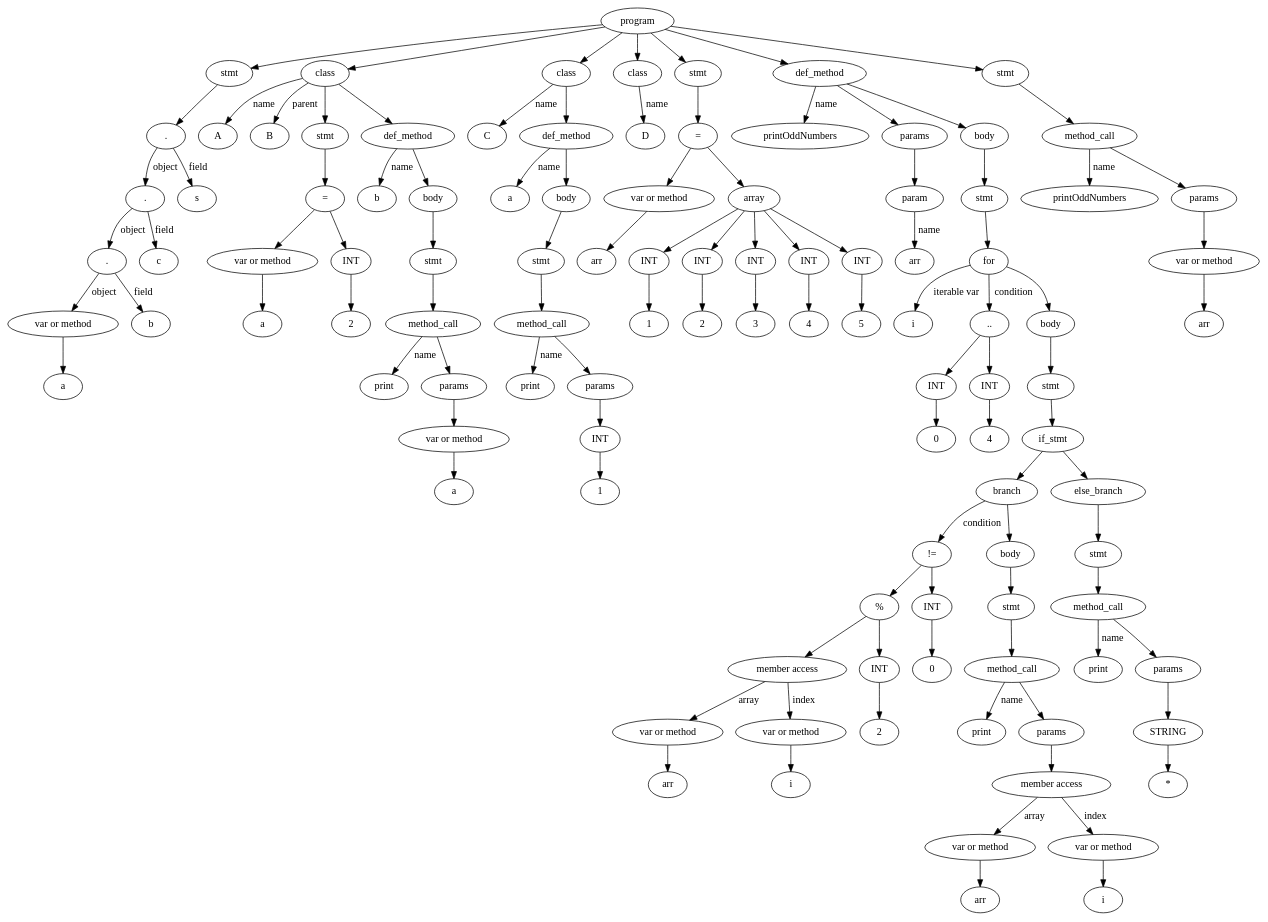
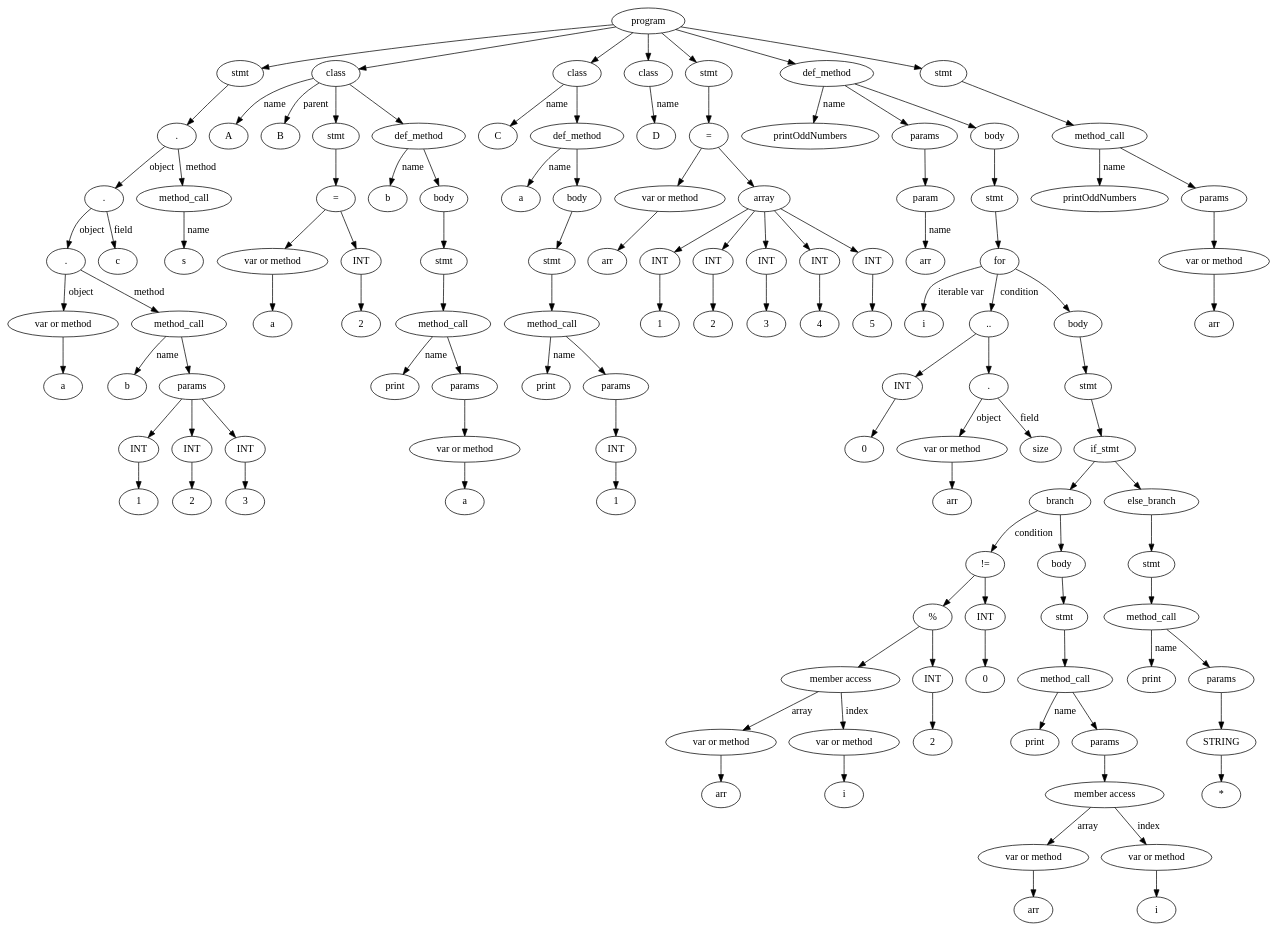
One commit to vitek999/ruby_compiler changed the diagram in RubyCompiler/tree.dot. Above: the diagram before and after it, drawn with Graphviz. The commit also changed 8 other files, not shown here.

```diff
--- a/RubyCompiler/tree.dot
+++ b/RubyCompiler/tree.dot
@@ -1,214 +1,235 @@
 digraph G {
-Id00823590 [label="program"]
-Id008224C0 [label="stmt"]
-Id00819A88 [label="."]Id00819A08 [label="."]Id00819988 [label="."]Id00819908 [label="var or method"]
-IdVal00819908 [label="a"]
-Id00819908->IdVal00819908
-Id00819988->Id00819908 [label = "object"]
-Id00819958 [label = "b"]
-Id00819988->Id00819958 [label = "field"]
-Id00819A08->Id00819988 [label = "object"]
-Id008199D8 [label = "c"]
-Id00819A08->Id008199D8 [label = "field"]
-Id00819A88->Id00819A08 [label = "object"]
-Id00819A58 [label = "s"]
-Id00819A88->Id00819A58 [label = "field"]
-Id008224C0->Id00819A88
-Id00823590->Id008224C0
-Id00822D98 [label="class"]
-IdName00822D98 [label="A"]
-Id00822D98->IdName00822D98 [label="name"]
-IdParent00822D98 [label="B"]
-Id00822D98->IdParent00822D98 [label="parent"]
-Id008221A0 [label="stmt"]
-Id00822600 [label="="]
-Id00822240 [label="var or method"]
-IdVal00822240 [label="a"]
-Id00822240->IdVal00822240
-Id008225B0 [label="INT"]
-IdVal008225B0 [label="2"]
-Id008225B0->IdVal008225B0
-Id00822600->Id00822240
-Id00822600->Id008225B0
-Id008221A0->Id00822600
-Id00822D98->Id008221A0
-Id00822CE0 [label="def_method"]
-IdName00822CE0 [label="b"]
-Id00822CE0->IdName00822CE0 [label = "name"]
-Id00822CA8 [label="body"]
-Id00822150 [label="stmt"]
-Id008221F0 [label="method_call"]
-IdMethodNameVal008221F0 [label="print"]
-Id008221F0->IdMethodNameVal008221F0 [label="name"]
-Id00822C70 [label="params"]
-Id008221F0->Id00822C70
-Id00822510 [label="var or method"]
-IdVal00822510 [label="a"]
-Id00822510->IdVal00822510
-Id00822C70->Id00822510
-Id00822150->Id008221F0
-Id00822CA8->Id00822150
-Id00822CE0->Id00822CA8
-Id00822D98->Id00822CE0
-Id00823590->Id00822D98
-Id00822FA8 [label="class"]
-IdName00822FA8 [label="C"]
-Id00822FA8->IdName00822FA8 [label="name"]
-Id00822FE0 [label="def_method"]
-IdName00822FE0 [label="a"]
-Id00822FE0->IdName00822FE0 [label = "name"]
-Id00822EC8 [label="body"]
-Id00822380 [label="stmt"]
-Id00822290 [label="method_call"]
-IdMethodNameVal00822290 [label="print"]
-Id00822290->IdMethodNameVal00822290 [label="name"]
-Id00822E68 [label="params"]
-Id00822290->Id00822E68
-Id00822060 [label="INT"]
-IdVal00822060 [label="1"]
-Id00822060->IdVal00822060
-Id00822E68->Id00822060
-Id00822380->Id00822290
-Id00822EC8->Id00822380
-Id00822FE0->Id00822EC8
-Id00822FA8->Id00822FE0
-Id00823590->Id00822FA8
-Id00823018 [label="class"]
-IdName00823018 [label="D"]
-Id00823018->IdName00823018 [label="name"]
-Id00823590->Id00823018
-Id008226F0 [label="stmt"]
-Id00822560 [label="="]
-Id008220B0 [label="var or method"]
-IdVal008220B0 [label="arr"]
-Id008220B0->IdVal008220B0
-Id008226A0 [label = "array"]
-Id00822330 [label="INT"]
-IdVal00822330 [label="1"]
-Id00822330->IdVal00822330
-Id008226A0->Id00822330
-Id00822100 [label="INT"]
-IdVal00822100 [label="2"]
-Id00822100->IdVal00822100
-Id008226A0->Id00822100
-Id008222E0 [label="INT"]
-IdVal008222E0 [label="3"]
-Id008222E0->IdVal008222E0
-Id008226A0->Id008222E0
-Id00822650 [label="INT"]
-IdVal00822650 [label="4"]
-Id00822650->IdVal00822650
-Id008226A0->Id00822650
-Id008223D0 [label="INT"]
-IdVal008223D0 [label="5"]
-Id008223D0->IdVal008223D0
-Id008226A0->Id008223D0
-Id00822560->Id008220B0
-Id00822560->Id008226A0
-Id008226F0->Id00822560
-Id00823590->Id008226F0
-Id00824B38 [label="def_method"]
-IdName00824B38 [label="printOddNumbers"]
-Id00824B38->IdName00824B38 [label = "name"]
-Id00823088 [label="params"]
-Id00823210 [label="param"]
-Id00823088->Id00823210
-IdNameVal00823210 [label="arr"]
-Id00823210->IdNameVal00823210 [label="name"]
-Id00824B38->Id00823088
-Id00824AC8 [label="body"]
-Id00823FA0 [label="stmt"]
-Id00824898 [label="for"]
-IdItersName00824898 [label="i"]
-Id00824898->IdItersName00824898  [label="iterable var"]
-Id00822470 [label=".."]
-Id00822420 [label="INT"]
-IdVal00822420 [label="0"]
-Id00822420->IdVal00822420
-Id00822740 [label="INT"]
-IdVal00822740 [label="4"]
-Id00822740->IdVal00822740
-Id00822470->Id00822420
-Id00822470->Id00822740
-Id00824898->Id00822470  [label="condition"]
-IdBody00824898 [label="body"]
-Id00824090 [label="stmt"]
-Id00823130 [label="if_stmt"]
-Id008231D8 [label="branch"]
-Id00823AA0 [label="!="]
-Id008239B0 [label="%"]
-Id00823A50 [label = "member access"]
-Id00821FC0 [label="var or method"]
-IdVal00821FC0 [label="arr"]
-Id00821FC0->IdVal00821FC0
-Id00822010 [label="var or method"]
-IdVal00822010 [label="i"]
-Id00822010->IdVal00822010
-Id00823A50->Id00821FC0 [label = "array"]
-Id00823A50->Id00822010 [label = "index"]
-Id00823A00 [label="INT"]
-IdVal00823A00 [label="2"]
-Id00823A00->IdVal00823A00
-Id008239B0->Id00823A50
-Id008239B0->Id00823A00
-Id008240E0 [label="INT"]
-IdVal008240E0 [label="0"]
-Id008240E0->IdVal008240E0
-Id00823AA0->Id008239B0
-Id00823AA0->Id008240E0
-Id008231D8->Id00823AA0  [label="condition"]
-IdBody008231D8 [label="body"]
-Id00823D70 [label="stmt"]
-Id00823D20 [label="method_call"]
-IdMethodNameVal00823D20 [label="print"]
-Id00823D20->IdMethodNameVal00823D20 [label="name"]
-Id00823168 [label="params"]
-Id00823D20->Id00823168
-Id008241D0 [label = "member access"]
-Id00823CD0 [label="var or method"]
-IdVal00823CD0 [label="arr"]
-Id00823CD0->IdVal00823CD0
-Id00824040 [label="var or method"]
-IdVal00824040 [label="i"]
-Id00824040->IdVal00824040
-Id008241D0->Id00823CD0 [label = "array"]
-Id008241D0->Id00824040 [label = "index"]
-Id00823168->Id008241D0
-Id00823D70->Id00823D20
-IdBody008231D8->Id00823D70
-Id008231D8->IdBody008231D8
-Id00823130->Id008231D8
-IdElse008230F8 [label="else_branch"]
-Id00823910 [label="stmt"]
-Id00823C30 [label="method_call"]
-IdMethodNameVal00823C30 [label="print"]
-Id00823C30->IdMethodNameVal00823C30 [label="name"]
-Id008231A0 [label="params"]
-Id00823C30->Id008231A0
-Id00823AF0 [label="STRING"]
-IdVal00823AF0 [label="*"]
-Id00823AF0->IdVal00823AF0
-Id008231A0->Id00823AF0
-Id00823910->Id00823C30
-IdElse008230F8->Id00823910
-Id00823130->IdElse008230F8
-Id00824090->Id00823130
-IdBody00824898->Id00824090
-Id00824898->IdBody00824898
-Id00823FA0->Id00824898
-Id00824AC8->Id00823FA0
-Id00824B38->Id00824AC8
-Id00823590->Id00824B38
-Id00823F00 [label="stmt"]
-Id00823EB0 [label="method_call"]
-IdMethodNameVal00823EB0 [label="printOddNumbers"]
-Id00823EB0->IdMethodNameVal00823EB0 [label="name"]
-Id00824C88 [label="params"]
-Id00823EB0->Id00824C88
-Id00823C80 [label="var or method"]
-IdVal00823C80 [label="arr"]
-Id00823C80->IdVal00823C80
-Id00824C88->Id00823C80
-Id00823F00->Id00823EB0
-Id00823590->Id00823F00
+Id00EB5488 [label="program"]
+Id00EB25D8 [label="stmt"]
+Id00EB1FE8 [label="."]Id00EB2448 [label="."]Id00EB2538 [label="."]Id00EA50A8 [label="var or method"]
+IdVal00EA50A8 [label="a"]
+Id00EA50A8->IdVal00EA50A8
+Id00EB23A8 [label="method_call"]
+IdMethodNameVal00EB23A8 [label="b"]
+Id00EB23A8->IdMethodNameVal00EB23A8 [label="name"]
+Id00EA50F8 [label="params"]
+Id00EB23A8->Id00EA50F8
+Id00EAC798 [label="INT"]
+IdVal00EAC798 [label="1"]
+Id00EAC798->IdVal00EAC798
+Id00EA50F8->Id00EAC798
+Id00EAC7E8 [label="INT"]
+IdVal00EAC7E8 [label="2"]
+Id00EAC7E8->IdVal00EAC7E8
+Id00EA50F8->Id00EAC7E8
+Id00EB2128 [label="INT"]
+IdVal00EB2128 [label="3"]
+Id00EB2128->IdVal00EB2128
+Id00EA50F8->Id00EB2128
+Id00EB2538->Id00EA50A8 [label = "object"]
+Id00EB2538->Id00EB23A8 [label = "method"]
+Id00EB2448->Id00EB2538 [label = "object"]
+Id00EAC4D8 [label = "c"]
+Id00EB2448->Id00EAC4D8 [label = "field"]
+Id00EB2588 [label="method_call"]
+IdMethodNameVal00EB2588 [label="s"]
+Id00EB2588->IdMethodNameVal00EB2588 [label="name"]
+Id00EB1FE8->Id00EB2448 [label = "object"]
+Id00EB1FE8->Id00EB2588 [label = "method"]
+Id00EB25D8->Id00EB1FE8
+Id00EB5488->Id00EB25D8
+Id00EACA88 [label="class"]
+IdName00EACA88 [label="A"]
+Id00EACA88->IdName00EACA88 [label="name"]
+IdParent00EACA88 [label="B"]
+Id00EACA88->IdParent00EACA88 [label="parent"]
+Id00EB22B8 [label="stmt"]
+Id00EB1F48 [label="="]
+Id00EB2178 [label="var or method"]
+IdVal00EB2178 [label="a"]
+Id00EB2178->IdVal00EB2178
+Id00EB21C8 [label="INT"]
+IdVal00EB21C8 [label="2"]
+Id00EB21C8->IdVal00EB21C8
+Id00EB1F48->Id00EB2178
+Id00EB1F48->Id00EB21C8
+Id00EB22B8->Id00EB1F48
+Id00EACA88->Id00EB22B8
+Id00EAC9D0 [label="def_method"]
+IdName00EAC9D0 [label="b"]
+Id00EAC9D0->IdName00EAC9D0 [label = "name"]
+Id00EAC998 [label="body"]
+Id00EB2358 [label="stmt"]
+Id00EB2308 [label="method_call"]
+IdMethodNameVal00EB2308 [label="print"]
+Id00EB2308->IdMethodNameVal00EB2308 [label="name"]
+Id00EAC960 [label="params"]
+Id00EB2308->Id00EAC960
+Id00EB1EF8 [label="var or method"]
+IdVal00EB1EF8 [label="a"]
+Id00EB1EF8->IdVal00EB1EF8
+Id00EAC960->Id00EB1EF8
+Id00EB2358->Id00EB2308
+Id00EAC998->Id00EB2358
+Id00EAC9D0->Id00EAC998
+Id00EACA88->Id00EAC9D0
+Id00EB5488->Id00EACA88
+Id00EB3AB0 [label="class"]
+IdName00EB3AB0 [label="C"]
+Id00EB3AB0->IdName00EB3AB0 [label="name"]
+Id00EB38F0 [label="def_method"]
+IdName00EB38F0 [label="a"]
+Id00EB38F0->IdName00EB38F0 [label = "name"]
+Id00EB3A40 [label="body"]
+Id00EB2038 [label="stmt"]
+Id00EB2678 [label="method_call"]
+IdMethodNameVal00EB2678 [label="print"]
+Id00EB2678->IdMethodNameVal00EB2678 [label="name"]
+Id00EB3960 [label="params"]
+Id00EB2678->Id00EB3960
+Id00EB2628 [label="INT"]
+IdVal00EB2628 [label="1"]
+Id00EB2628->IdVal00EB2628
+Id00EB3960->Id00EB2628
+Id00EB2038->Id00EB2678
+Id00EB3A40->Id00EB2038
+Id00EB38F0->Id00EB3A40
+Id00EB3AB0->Id00EB38F0
+Id00EB5488->Id00EB3AB0
+Id00EB3998 [label="class"]
+IdName00EB3998 [label="D"]
+Id00EB3998->IdName00EB3998 [label="name"]
+Id00EB5488->Id00EB3998
+Id00EB4868 [label="stmt"]
+Id00EB24E8 [label="="]
+Id00EB2218 [label="var or method"]
+IdVal00EB2218 [label="arr"]
+Id00EB2218->IdVal00EB2218
+Id00EB2498 [label = "array"]
+Id00EB1F98 [label="INT"]
+IdVal00EB1F98 [label="1"]
+Id00EB1F98->IdVal00EB1F98
+Id00EB2498->Id00EB1F98
+Id00EB2088 [label="INT"]
+IdVal00EB2088 [label="2"]
+Id00EB2088->IdVal00EB2088
+Id00EB2498->Id00EB2088
+Id00EB23F8 [label="INT"]
+IdVal00EB23F8 [label="3"]
+Id00EB23F8->IdVal00EB23F8
+Id00EB2498->Id00EB23F8
+Id00EB20D8 [label="INT"]
+IdVal00EB20D8 [label="4"]
+Id00EB20D8->IdVal00EB20D8
+Id00EB2498->Id00EB20D8
+Id00EB2268 [label="INT"]
+IdVal00EB2268 [label="5"]
+Id00EB2268->IdVal00EB2268
+Id00EB2498->Id00EB2268
+Id00EB24E8->Id00EB2218
+Id00EB24E8->Id00EB2498
+Id00EB4868->Id00EB24E8
+Id00EB5488->Id00EB4868
+Id00EB5EF8 [label="def_method"]
+IdName00EB5EF8 [label="printOddNumbers"]
+Id00EB5EF8->IdName00EB5EF8 [label = "name"]
+Id00EB3A08 [label="params"]
+Id00EB3810 [label="param"]
+Id00EB3A08->Id00EB3810
+IdNameVal00EB3810 [label="arr"]
+Id00EB3810->IdNameVal00EB3810 [label="name"]
+Id00EB5EF8->Id00EB3A08
+Id00EB5E88 [label="body"]
+Id00EB3EB8 [label="stmt"]
+Id00EB5DA8 [label="for"]
+IdItersName00EB5DA8 [label="i"]
+Id00EB5DA8->IdItersName00EB5DA8  [label="iterable var"]
+Id00EB4B88 [label=".."]
+Id00EB48B8 [label="INT"]
+IdVal00EB48B8 [label="0"]
+Id00EB48B8->IdVal00EB48B8
+Id00EB4638 [label="."]Id00EB4908 [label="var or method"]
+IdVal00EB4908 [label="arr"]
+Id00EB4908->IdVal00EB4908
+Id00EB4638->Id00EB4908 [label = "object"]
+Id00EB38B8 [label = "size"]
+Id00EB4638->Id00EB38B8 [label = "field"]
+Id00EB4B88->Id00EB48B8
+Id00EB4B88->Id00EB4638
+Id00EB5DA8->Id00EB4B88  [label="condition"]
+IdBody00EB5DA8 [label="body"]
+Id00EB3F58 [label="stmt"]
+Id00EB5EC0 [label="if_stmt"]
+Id00EB37D8 [label="branch"]
+Id00EB4A48 [label="!="]
+Id00EB49F8 [label="%"]
+Id00EB4958 [label = "member access"]
+Id00EB4B38 [label="var or method"]
+IdVal00EB4B38 [label="arr"]
+Id00EB4B38->IdVal00EB4B38
+Id00EB4728 [label="var or method"]
+IdVal00EB4728 [label="i"]
+Id00EB4728->IdVal00EB4728
+Id00EB4958->Id00EB4B38 [label = "array"]
+Id00EB4958->Id00EB4728 [label = "index"]
+Id00EB49A8 [label="INT"]
+IdVal00EB49A8 [label="2"]
+Id00EB49A8->IdVal00EB49A8
+Id00EB49F8->Id00EB4958
+Id00EB49F8->Id00EB49A8
+Id00EB4688 [label="INT"]
+IdVal00EB4688 [label="0"]
+Id00EB4688->IdVal00EB4688
+Id00EB4A48->Id00EB49F8
+Id00EB4A48->Id00EB4688
+Id00EB37D8->Id00EB4A48  [label="condition"]
+IdBody00EB37D8 [label="body"]
+Id00EB46D8 [label="stmt"]
+Id00EB4818 [label="method_call"]
+IdMethodNameVal00EB4818 [label="print"]
+Id00EB4818->IdMethodNameVal00EB4818 [label="name"]
+Id00EB3768 [label="params"]
+Id00EB4818->Id00EB3768
+Id00EB4AE8 [label = "member access"]
+Id00EB47C8 [label="var or method"]
+IdVal00EB47C8 [label="arr"]
+Id00EB47C8->IdVal00EB47C8
+Id00EB4A98 [label="var or method"]
+IdVal00EB4A98 [label="i"]
+Id00EB4A98->IdVal00EB4A98
+Id00EB4AE8->Id00EB47C8 [label = "array"]
+Id00EB4AE8->Id00EB4A98 [label = "index"]
+Id00EB3768->Id00EB4AE8
+Id00EB46D8->Id00EB4818
+IdBody00EB37D8->Id00EB46D8
+Id00EB37D8->IdBody00EB37D8
+Id00EB5EC0->Id00EB37D8
+IdElse00EB3928 [label="else_branch"]
+Id00EB4228 [label="stmt"]
+Id00EB3E68 [label="method_call"]
+IdMethodNameVal00EB3E68 [label="print"]
+Id00EB3E68->IdMethodNameVal00EB3E68 [label="name"]
+Id00EB3880 [label="params"]
+Id00EB3E68->Id00EB3880
+Id00EB4778 [label="STRING"]
+IdVal00EB4778 [label="*"]
+Id00EB4778->IdVal00EB4778
+Id00EB3880->Id00EB4778
+Id00EB4228->Id00EB3E68
+IdElse00EB3928->Id00EB4228
+Id00EB5EC0->IdElse00EB3928
+Id00EB3F58->Id00EB5EC0
+IdBody00EB5DA8->Id00EB3F58
+Id00EB5DA8->IdBody00EB5DA8
+Id00EB3EB8->Id00EB5DA8
+Id00EB5E88->Id00EB3EB8
+Id00EB5EF8->Id00EB5E88
+Id00EB5488->Id00EB5EF8
+Id00EB4318 [label="stmt"]
+Id00EB3FA8 [label="method_call"]
+IdMethodNameVal00EB3FA8 [label="printOddNumbers"]
+Id00EB3FA8->IdMethodNameVal00EB3FA8 [label="name"]
+Id00EB5DE0 [label="params"]
+Id00EB3FA8->Id00EB5DE0
+Id00EB4278 [label="var or method"]
+IdVal00EB4278 [label="arr"]
+Id00EB4278->IdVal00EB4278
+Id00EB5DE0->Id00EB4278
+Id00EB4318->Id00EB3FA8
+Id00EB5488->Id00EB4318
 }
```
